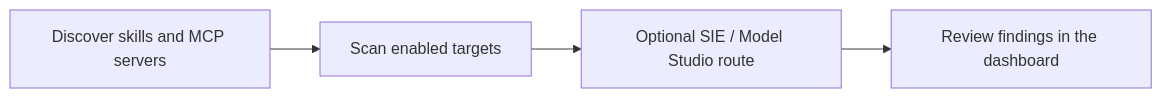
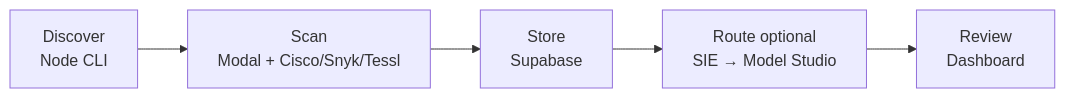
One commit to neomatrix369/tripwire changed the diagram in README.md. Above: the diagram before and after it, drawn with Mermaid. The commit also changed other lines of this file and 4 other files, not shown here.

````diff
--- a/README.md
+++ b/README.md
@@ -136,6 +139,7 @@
 ```mermaid
 flowchart LR
-    discover[Discover skills and MCP servers] --> scan[Scan enabled targets]
-    scan --> route[Optional SIE / Model Studio route]
-    route --> review[Review findings in the dashboard]
+  discover["Discover<br/>Node CLI"] --> scan["Scan<br/>Modal + Cisco/Snyk/Tessl"]
+  scan --> store["Store<br/>Supabase"]
+  store --> route["Route optional<br/>SIE → Model Studio"]
+  route --> review["Review<br/>Dashboard"]
 ```
````
